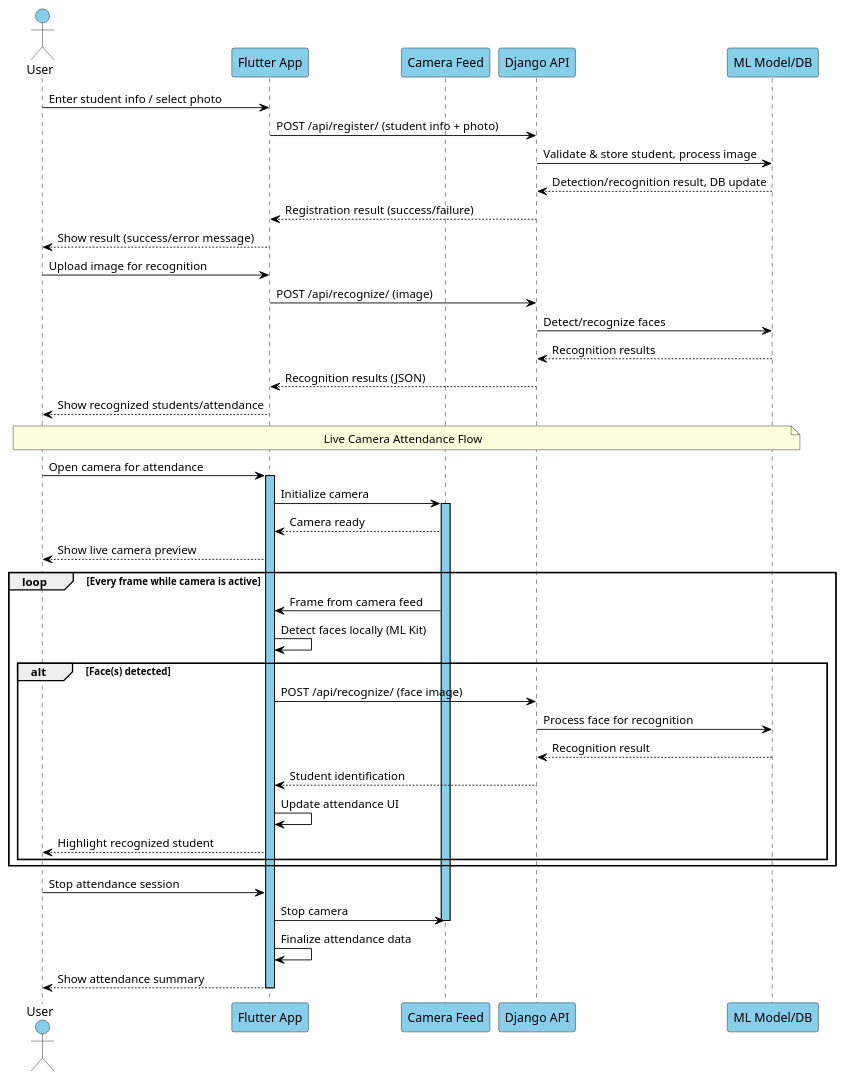
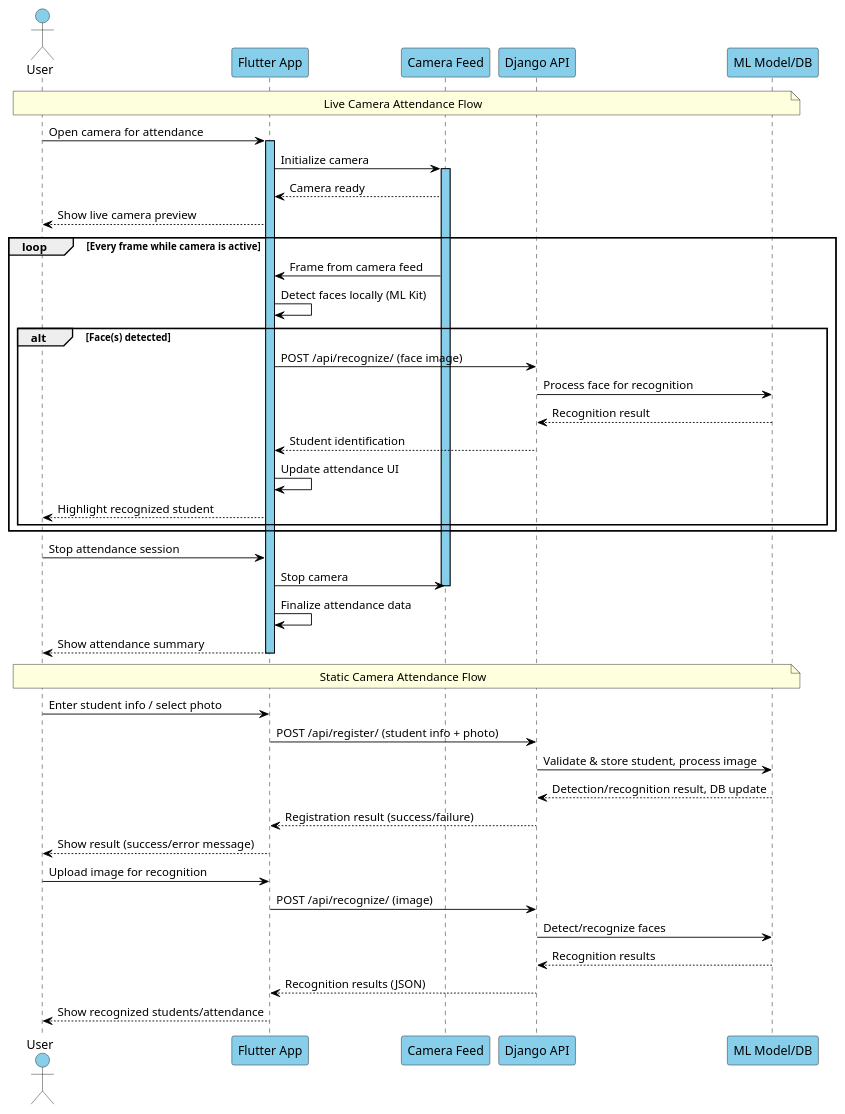
One commit to ShaysFrame/open_rtms changed the second of 2 diagrams in seq_diagram.plantuml. Above: the diagram before and after it, drawn with PlantUML. The commit also changed 15 other files, not shown here.

```diff
--- a/seq_diagram.plantuml
+++ b/seq_diagram.plantuml
@@ -33,65 +33,69 @@
 @startuml aa
 
 skinparam backgroundColor White
 skinparam sequence {
     ActorBackgroundColor SkyBlue
     ParticipantBackgroundColor SkyBlue
     LifeLineBorderColor Black
     LifeLineBackgroundColor SkyBlue
     ArrowColor Black
     BoxBackgroundColor SkyBlue
 }
 
 actor User
 participant "Flutter App" as App
 participant "Camera Feed" as Camera
 participant "Django API" as API
 participant "ML Model/DB" as MLDB
-
-User -> App : Enter student info / select photo
-App -> API : POST /api/register/ (student info + photo)
-API -> MLDB : Validate & store student, process image
-MLDB --> API : Detection/recognition result, DB update
-API --> App : Registration result (success/failure)
-App --> User : Show result (success/error message)
-
-User -> App : Upload image for recognition
-App -> API : POST /api/recognize/ (image)
-API -> MLDB : Detect/recognize faces
-MLDB --> API : Recognition results
-API --> App : Recognition results (JSON)
-App --> User : Show recognized students/attendance
 
 note over User, MLDB
   Live Camera Attendance Flow
 end note
 
 User -> App : Open camera for attendance
 activate App
 App -> Camera : Initialize camera
 activate Camera
 Camera --> App : Camera ready
 App --> User : Show live camera preview
 
 loop Every frame while camera is active
     Camera -> App : Frame from camera feed
     App -> App : Detect faces locally (ML Kit)
     
     alt Face(s) detected
         App -> API : POST /api/recognize/ (face image)
         API -> MLDB : Process face for recognition
         MLDB --> API : Recognition result
         API --> App : Student identification
         App -> App : Update attendance UI
         App --> User : Highlight recognized student
     end
 end
 
 User -> App : Stop attendance session
 App -> Camera : Stop camera
 deactivate Camera
 App -> App : Finalize attendance data
 App --> User : Show attendance summary
 deactivate App
 
+note over User, MLDB
+  Static Camera Attendance Flow
+end note
+
+User -> App : Enter student info / select photo
+App -> API : POST /api/register/ (student info + photo)
+API -> MLDB : Validate & store student, process image
+MLDB --> API : Detection/recognition result, DB update
+API --> App : Registration result (success/failure)
+App --> User : Show result (success/error message)
+
+User -> App : Upload image for recognition
+App -> API : POST /api/recognize/ (image)
+API -> MLDB : Detect/recognize faces
+MLDB --> API : Recognition results
+API --> App : Recognition results (JSON)
+App --> User : Show recognized students/attendance
+
 @enduml
```
